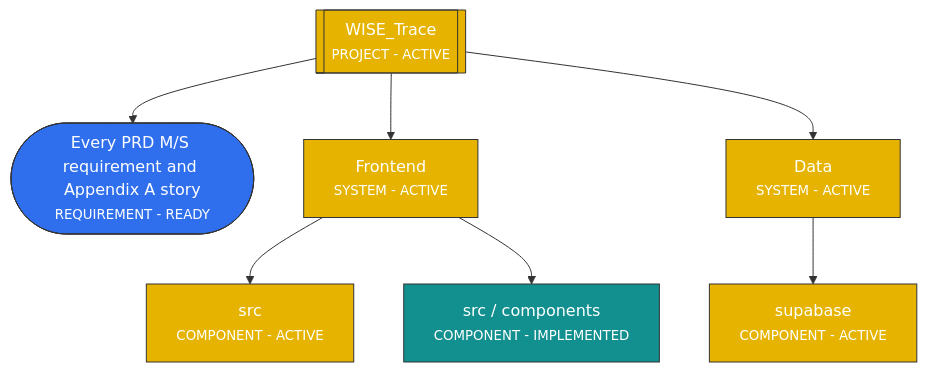
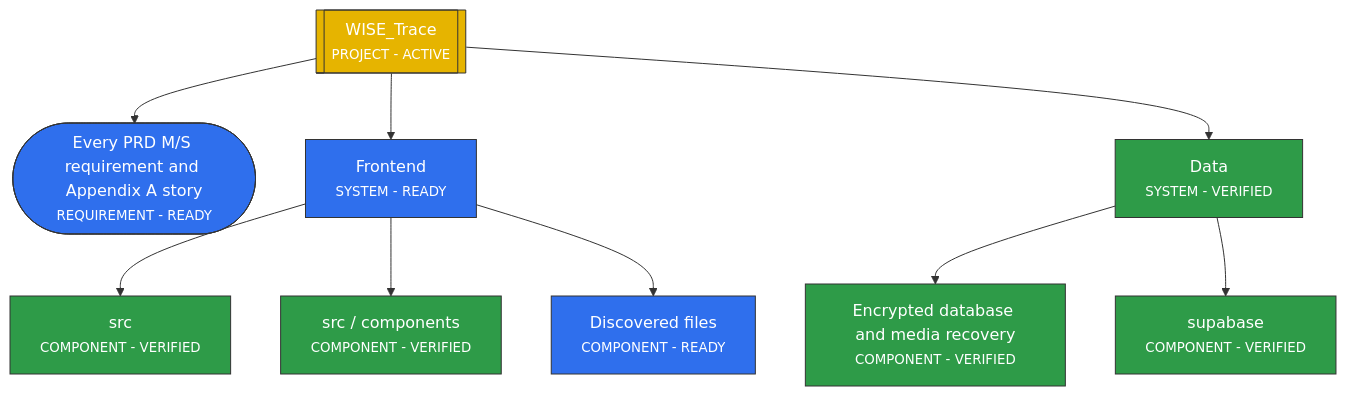
One commit to ESDUaub2025/WISE_Trace changed the diagram in .projectgraph/views/architecture.mmd. Above: the diagram before and after it, drawn with Mermaid. The commit also changed 50 other files, not shown here.

Commit message:
Add encrypted media recovery, scoped impact filters and offline refinements

```diff
--- a/.projectgraph/views/architecture.mmd
+++ b/.projectgraph/views/architecture.mmd
@@ -1,27 +1,31 @@
 flowchart TB
-    CMP_SRC["src<br/><small>COMPONENT - ACTIVE</small>"]
-    CMP_SRC_COMPONENTS["src / components<br/><small>COMPONENT - IMPLEMENTED</small>"]
-    CMP_SUPABASE["supabase<br/><small>COMPONENT - ACTIVE</small>"]
+    CMP_DISCOVERED_FILES["Discovered files<br/><small>COMPONENT - READY</small>"]
+    CMP_RECOVERY["Encrypted database and media recovery<br/><small>COMPONENT - VERIFIED</small>"]
+    CMP_SRC["src<br/><small>COMPONENT - VERIFIED</small>"]
+    CMP_SRC_COMPONENTS["src / components<br/><small>COMPONENT - VERIFIED</small>"]
+    CMP_SUPABASE["supabase<br/><small>COMPONENT - VERIFIED</small>"]
     REQ_FULL_MVP(["Every PRD M/S requirement and Appendix A story<br/><small>REQUIREMENT - READY</small>"])
-    SYS_DATA["Data<br/><small>SYSTEM - ACTIVE</small>"]
-    SYS_FRONTEND["Frontend<br/><small>SYSTEM - ACTIVE</small>"]
+    SYS_DATA["Data<br/><small>SYSTEM - VERIFIED</small>"]
+    SYS_FRONTEND["Frontend<br/><small>SYSTEM - READY</small>"]
     WISE_TRACE[["WISE_Trace<br/><small>PROJECT - ACTIVE</small>"]]
+    SYS_DATA --> CMP_RECOVERY
     WISE_TRACE --> SYS_FRONTEND
     WISE_TRACE --> SYS_DATA
     SYS_DATA --> CMP_SUPABASE
     SYS_FRONTEND --> CMP_SRC
     SYS_FRONTEND --> CMP_SRC_COMPONENTS
     WISE_TRACE --> REQ_FULL_MVP
+    SYS_FRONTEND --> CMP_DISCOVERED_FILES
     classDef declared fill:#9e9e9e,stroke:#333,stroke-width:1px,color:#333333;
     classDef ready fill:#2f6fed,stroke:#333,stroke-width:1px,color:#ffffff;
     classDef active fill:#e6b400,stroke:#333,stroke-width:1px,color:#ffffff;
     classDef implemented fill:#128f8f,stroke:#333,stroke-width:1px,color:#ffffff;
     classDef verifying fill:#f08c00,stroke:#333,stroke-width:1px,color:#ffffff;
     classDef verified fill:#2e9b48,stroke:#333,stroke-width:1px,color:#ffffff;
     classDef failed fill:#d32f2f,stroke:#333,stroke-width:1px,color:#ffffff;
     classDef blocked fill:#7b3fbf,stroke:#333,stroke-width:1px,color:#ffffff;
     classDef stale fill:#8d6e3a,stroke:#333,stroke-width:1px,color:#ffffff;
     classDef superseded fill:#c9c9c9,stroke:#333,stroke-width:1px,color:#333333;
-    class CMP_SRC,CMP_SUPABASE,SYS_DATA,SYS_FRONTEND,WISE_TRACE active;
-    class CMP_SRC_COMPONENTS implemented;
-    class REQ_FULL_MVP ready;
+    class WISE_TRACE active;
+    class CMP_DISCOVERED_FILES,REQ_FULL_MVP,SYS_FRONTEND ready;
+    class CMP_RECOVERY,CMP_SRC,CMP_SRC_COMPONENTS,CMP_SUPABASE,SYS_DATA verified;
```
